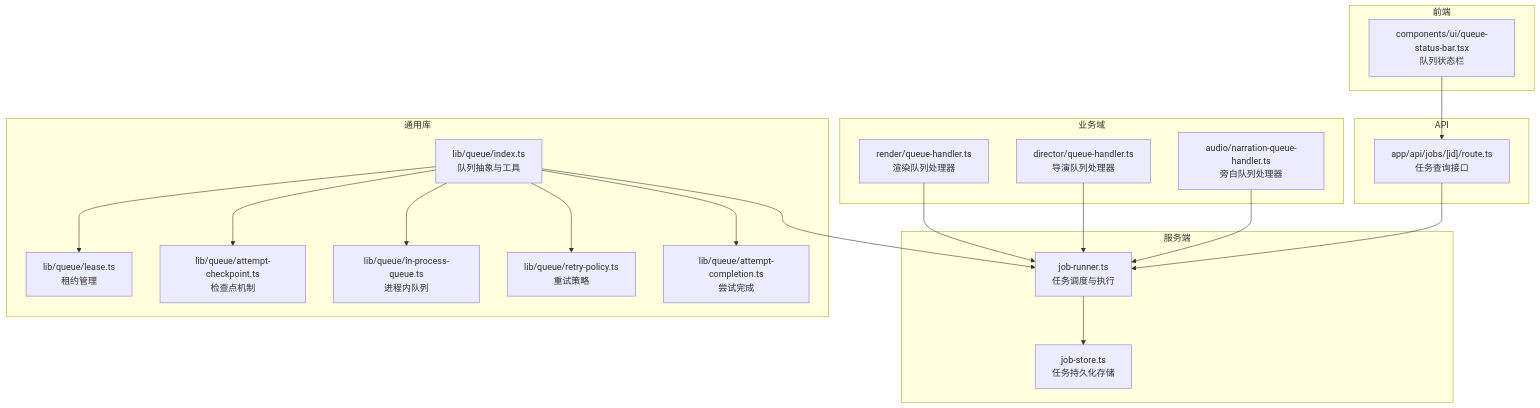
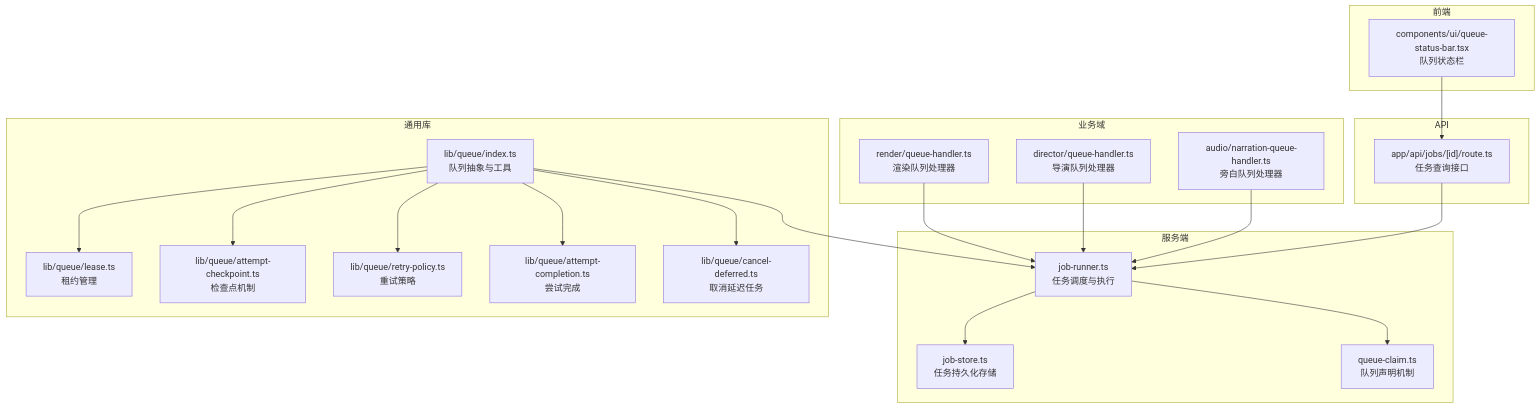
One commit to scottcwy/PurpleInk changed the first of 4 diagrams in .qoder/repowiki/zh/content/后端架构/任务处理/作业队列系统.md. Above: the diagram before and after it, drawn with Mermaid. The commit also changed other lines of this file and 23 other files, not shown here.

````diff
--- a/.qoder/repowiki/zh/content/后端架构/任务处理/作业队列系统.md
+++ b/.qoder/repowiki/zh/content/后端架构/任务处理/作业队列系统.md
@@ -53,38 +57,40 @@
 ```mermaid
 graph TB
 subgraph "服务端"
 JR["job-runner.ts<br/>任务调度与执行"]
 JS["job-store.ts<br/>任务持久化存储"]
+QC["queue-claim.ts<br/>队列声明机制"]
 end
 subgraph "业务域"
 RH["render/queue-handler.ts<br/>渲染队列处理器"]
 DH["director/queue-handler.ts<br/>导演队列处理器"]
 AH["audio/narration-queue-handler.ts<br/>旁白队列处理器"]
 end
 subgraph "通用库"
 QI["lib/queue/index.ts<br/>队列抽象与工具"]
 QL["lib/queue/lease.ts<br/>租约管理"]
-QC["lib/queue/attempt-checkpoint.ts<br/>检查点机制"]
-QIP["lib/queue/in-process-queue.ts<br/>进程内队列"]
+QCMP["lib/queue/attempt-checkpoint.ts<br/>检查点机制"]
 RP["lib/queue/retry-policy.ts<br/>重试策略"]
 AC["lib/queue/attempt-completion.ts<br/>尝试完成"]
+CD["lib/queue/cancel-deferred.ts<br/>取消延迟任务"]
 end
 subgraph "前端"
 QSB["components/ui/queue-status-bar.tsx<br/>队列状态栏"]
 end
 subgraph "API"
 JID["app/api/jobs/[id]/route.ts<br/>任务查询接口"]
 end
 QI --> JR
 JR --> JS
+JR --> QC
 RH --> JR
 DH --> JR
 AH --> JR
 QI --> QL
-QI --> QC
-QI --> QIP
+QI --> QCMP
 QI --> RP
 QI --> AC
+QI --> CD
 QSB --> JID
 JID --> JR
 ```
````
